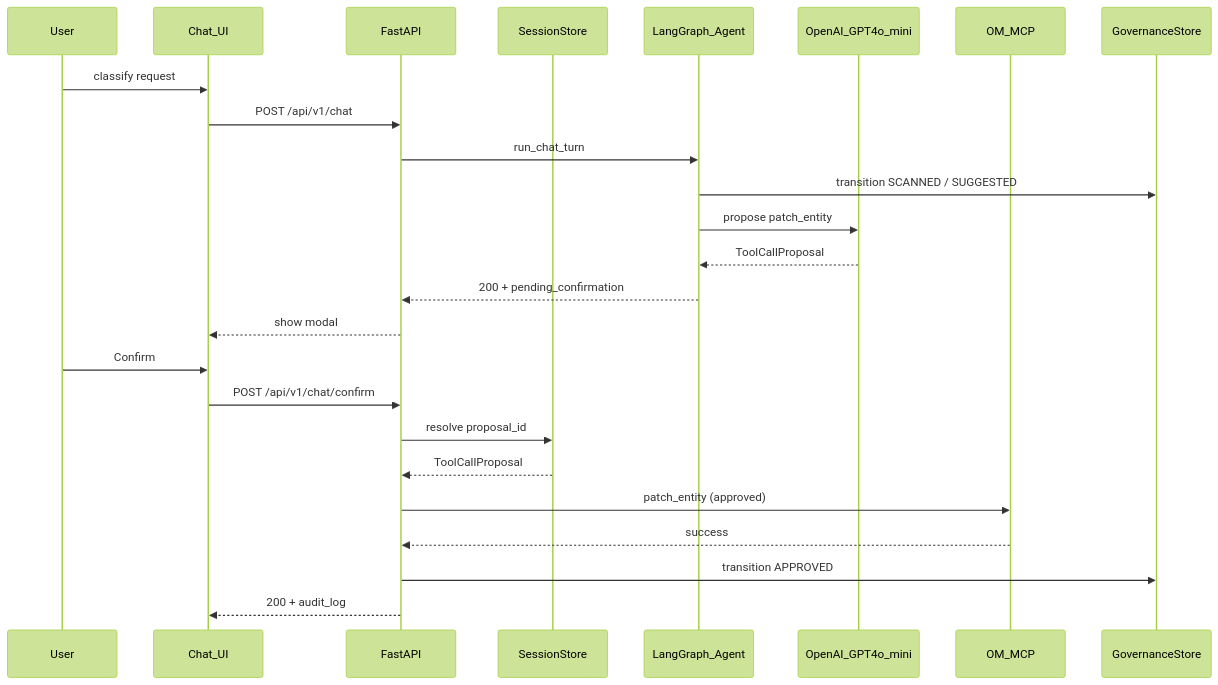
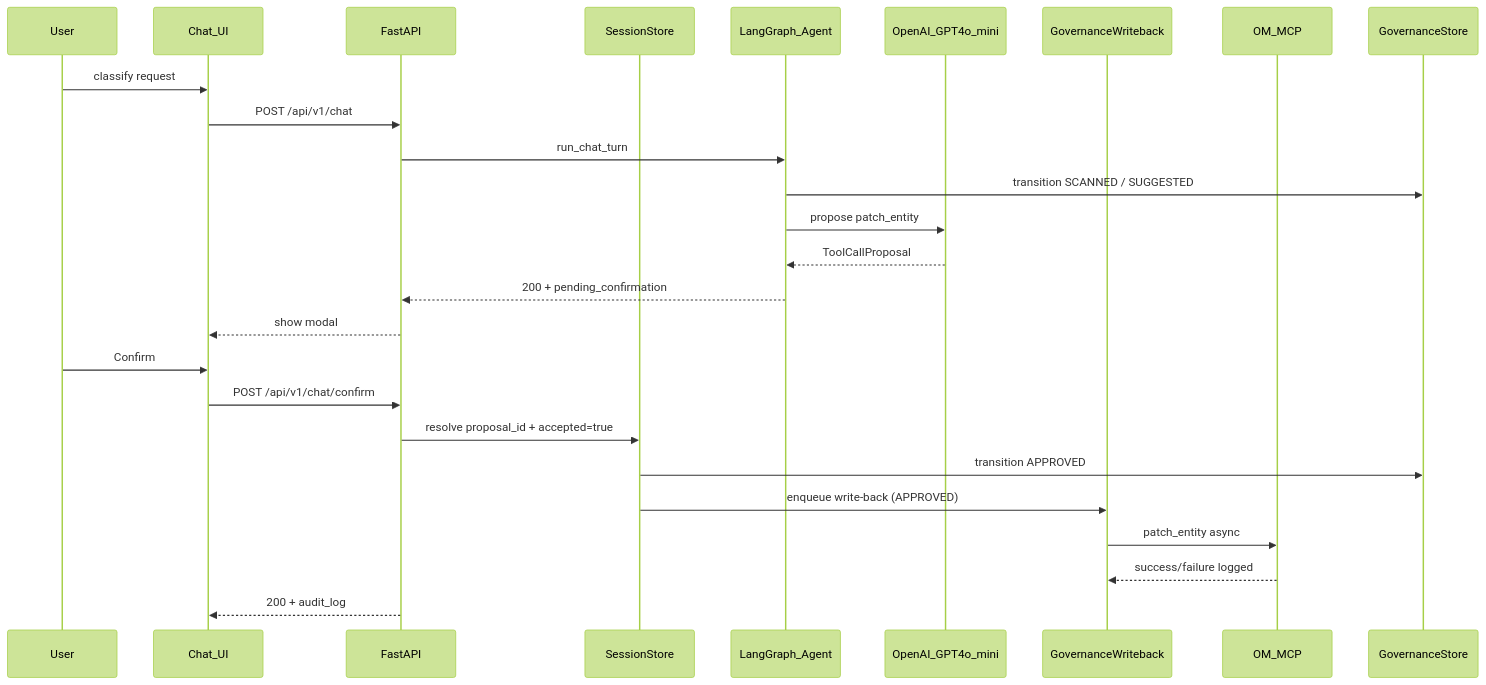
One commit to GunaPalanivel/openmetadata-mcp-agent changed the second of 4 diagrams in .idea/Plan/Architecture/DataFlow.md. Above: the diagram before and after it, drawn with Mermaid (forest theme). The commit also changed other lines of this file and 7 other files, not shown here.

First line of the commit message:
add governance hooks and async om write-back for confirm flow

````diff
--- a/.idea/Plan/Architecture/DataFlow.md
+++ b/.idea/Plan/Architecture/DataFlow.md
@@ -37,29 +37,30 @@
 ```mermaid
 sequenceDiagram
     participant U as User
     participant UI as Chat_UI
     participant API as FastAPI
     participant Sess as SessionStore
     participant A as LangGraph_Agent
     participant LLM as OpenAI_GPT4o_mini
+    participant GW as GovernanceWriteback
     participant MCP as OM_MCP
     participant GS as GovernanceStore
 
     U->>UI: classify request
     UI->>API: POST /api/v1/chat
     API->>A: run_chat_turn
     A->>GS: transition SCANNED / SUGGESTED
     A->>LLM: propose patch_entity
     LLM-->>A: ToolCallProposal
     A-->>API: 200 + pending_confirmation
     API-->>UI: show modal
 
     U->>UI: Confirm
     UI->>API: POST /api/v1/chat/confirm
-    API->>Sess: resolve proposal_id
-    Sess-->>API: ToolCallProposal
-    API->>MCP: patch_entity (approved)
-    MCP-->>API: success
-    API->>GS: transition APPROVED
+    API->>Sess: resolve proposal_id + accepted=true
+    Sess->>GS: transition APPROVED
+    Sess->>GW: enqueue write-back (APPROVED)
+    GW->>MCP: patch_entity async
+    MCP-->>GW: success/failure logged
     API-->>UI: 200 + audit_log
 ```
````
